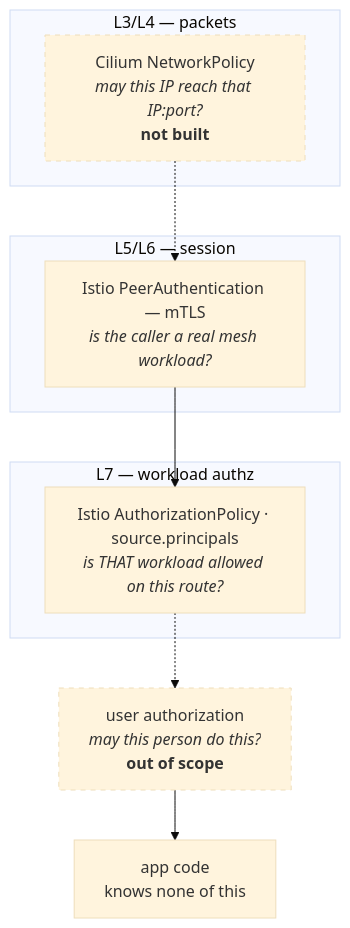
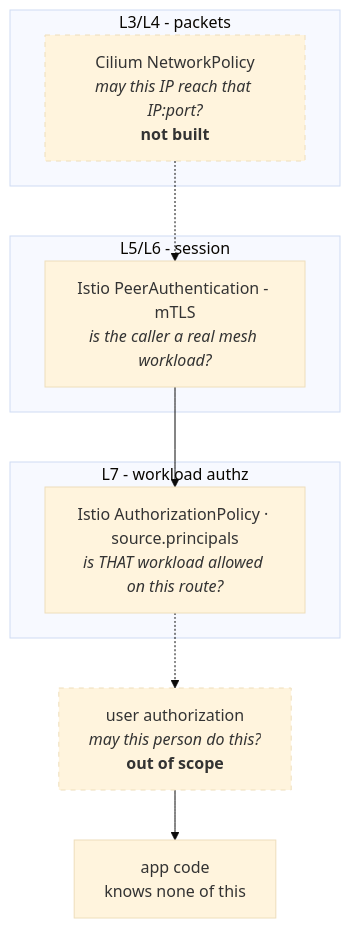
The second of 2 diagrams in docs/platform-connections.md (cujarrett/homelab), drawn with Mermaid (base theme) before and after one commit. The commit also changed other lines of this file and 110 other files, not shown here.

````diff
--- a/docs/platform-connections.md
+++ b/docs/platform-connections.md
@@ -170,16 +170,16 @@
 ```mermaid
 flowchart TB
-    subgraph L34["L3/L4 — packets"]
+    subgraph L34["L3/L4 - packets"]
       A["Cilium NetworkPolicy<br/><i>may this IP reach that IP:port?</i><br/><b>not built</b>"]
     end
-    subgraph L56["L5/L6 — session"]
-      B["Istio PeerAuthentication — mTLS<br/><i>is the caller a real mesh workload?</i>"]
+    subgraph L56["L5/L6 - session"]
+      B["Istio PeerAuthentication - mTLS<br/><i>is the caller a real mesh workload?</i>"]
     end
-    subgraph L7a["L7 — workload authz"]
+    subgraph L7a["L7 - workload authz"]
       C["Istio AuthorizationPolicy · source.principals<br/><i>is THAT workload allowed on this route?</i>"]
     end
     A -.-> B --> C -.-> D["user authorization<br/><i>may this person do this?</i><br/><b>out of scope</b>"] --> E["app code<br/>knows none of this"]
 
     style A stroke-dasharray: 5 5
     style D stroke-dasharray: 5 5
 ```
````
